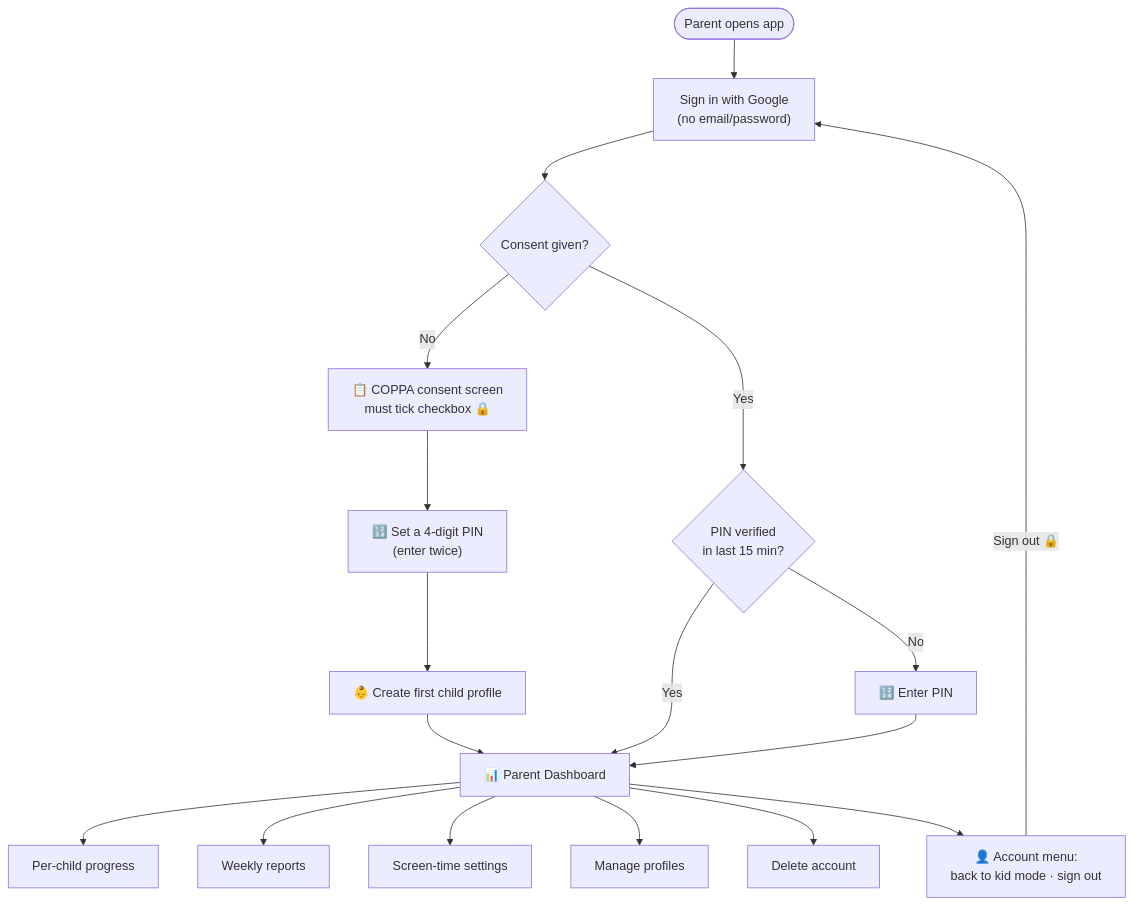
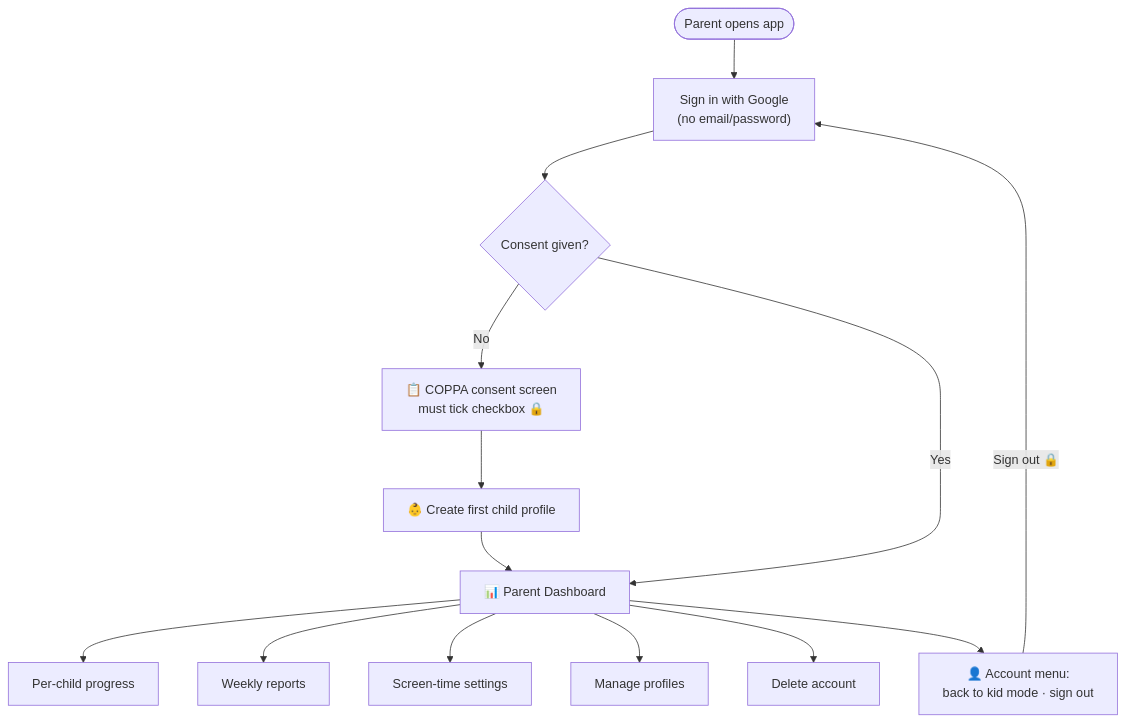
One commit to salmanbd100/kidlearn changed diagram 13 of 28 in document/user-journey-manual.md. Above: the diagram before and after it, drawn with Mermaid. The commit also changed other lines of this file and 15 other files, not shown here.

````diff
--- a/document/user-journey-manual.md
+++ b/document/user-journey-manual.md
@@ -422,21 +422,17 @@
 ```mermaid
 flowchart TD
     Start([Parent opens app]) --> Google["Sign in with Google<br/>(no email/password)"]
     Google --> Consent{Consent given?}
     Consent -->|No| C["📋 COPPA consent screen<br/>must tick checkbox 🔒"]
-    C --> PIN["🔢 Set a 4-digit PIN<br/>(enter twice)"]
-    PIN --> Child1["👶 Create first child profile"]
+    C --> Child1["👶 Create first child profile"]
     Child1 --> Dash
-    Consent -->|Yes| Gate{PIN verified<br/>in last 15 min?}
-    Gate -->|No| PinModal["🔢 Enter PIN"]
-    Gate -->|Yes| Dash
-    PinModal --> Dash["📊 Parent Dashboard"]
+    Consent -->|Yes| Dash["📊 Parent Dashboard"]
 
     Dash --> D1[Per-child progress]
     Dash --> D2[Weekly reports]
     Dash --> D3[Screen-time settings]
     Dash --> D4[Manage profiles]
     Dash --> D5[Delete account]
     Dash --> D6["👤 Account menu:<br/>back to kid mode · sign out"]
     D6 -->|Sign out 🔒| Google
 ```
````
